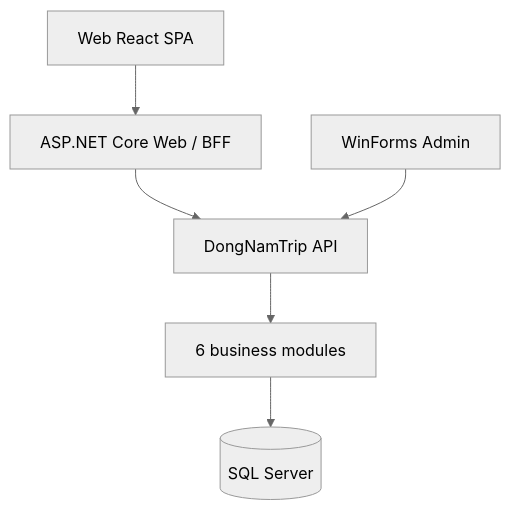
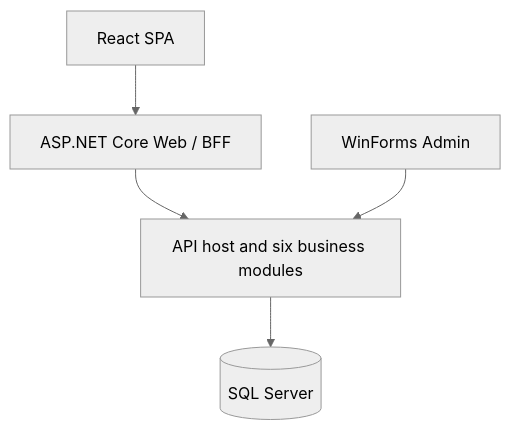
Before and after one commit to K-sewii/tour-booking-management-system: the diagram in README.md, drawn with Mermaid (neutral theme). The commit also changed other lines of this file and 9 other files, not shown here.

````diff
--- a/README.md
+++ b/README.md
@@ -32,8 +16,7 @@
 ```mermaid
 flowchart TD
-    SPA[Web React SPA] --> BFF[ASP.NET Core Web / BFF]
-    BFF --> API[DongNamTrip API]
-    ADM[WinForms Admin] --> API
-    API --> MOD[6 business modules]
-    MOD --> DB[(SQL Server)]
+    SPA["React SPA"] --> BFF["ASP.NET Core Web / BFF"]
+    BFF --> API["API host and six business modules"]
+    ADMIN["WinForms Admin"] --> API
+    API --> DB[("SQL Server")]
 ```
````
